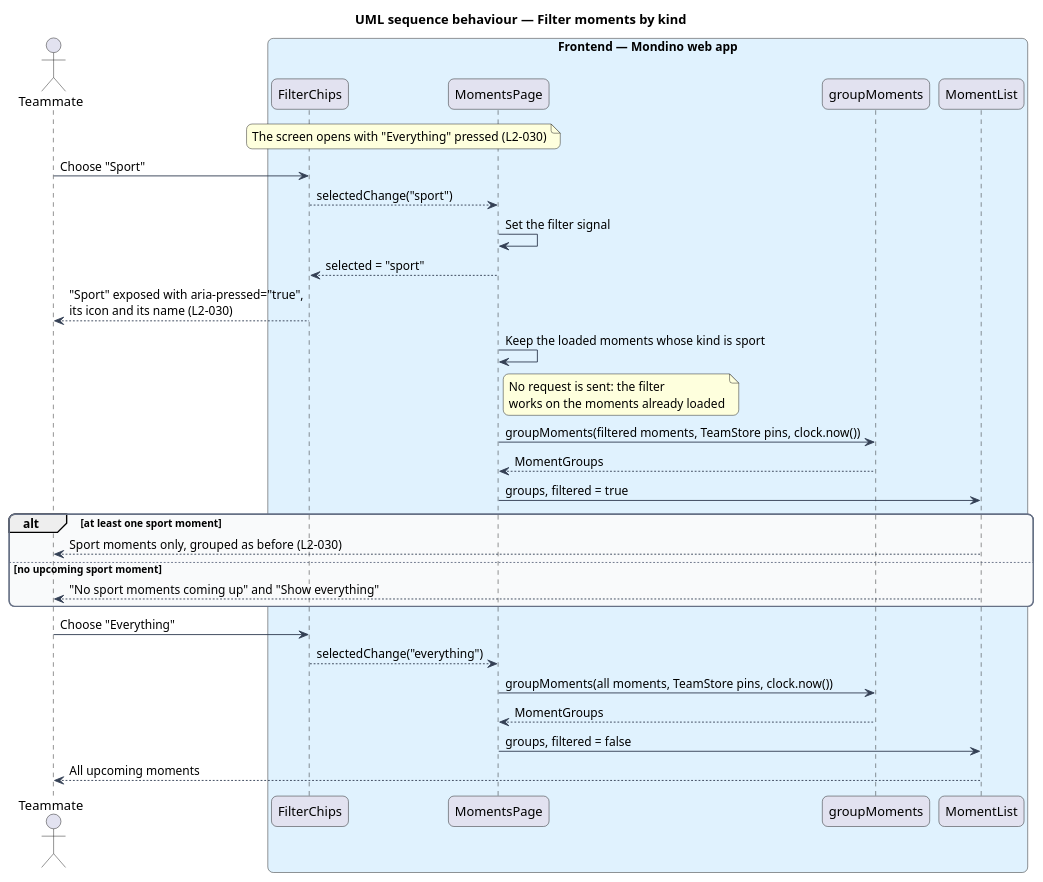
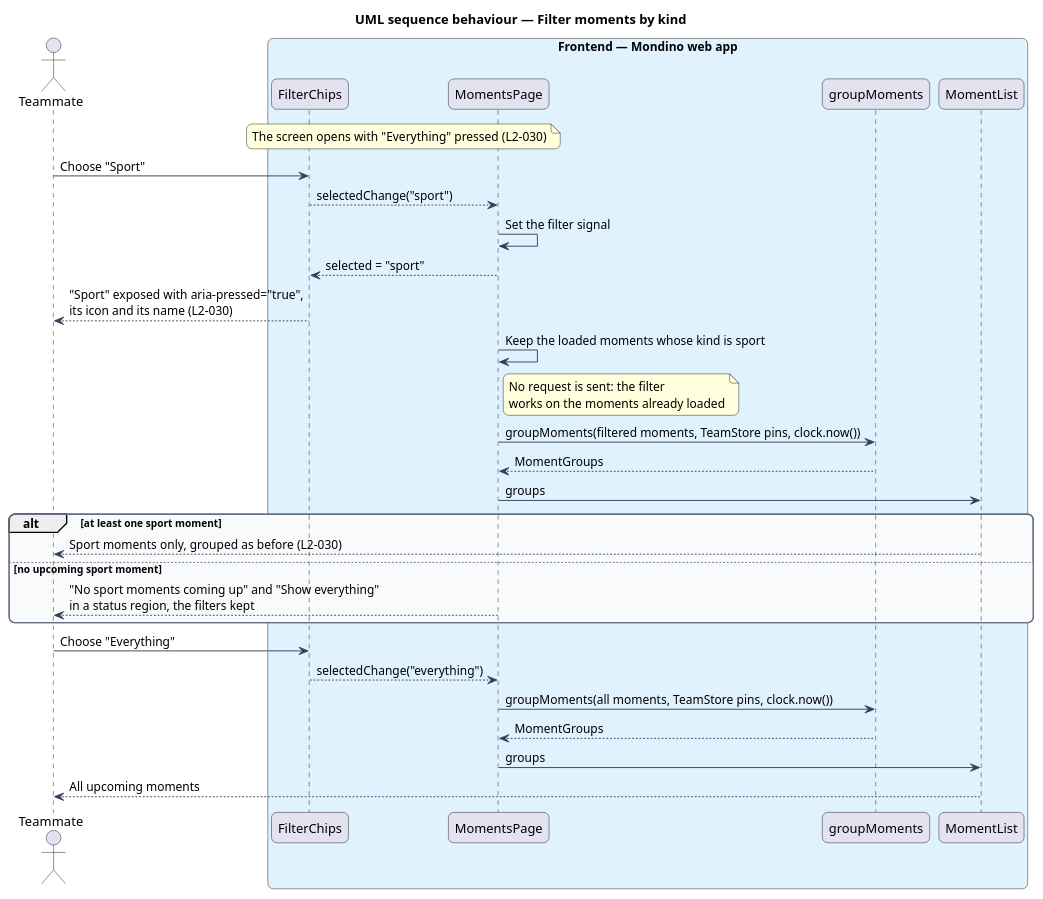
Before and after one commit to QuinntyneBrown/Mondino: the diagram in docs/detailed-designs/moments/list-moments/diagrams/sequence-filter-by-kind.puml, drawn with PlantUML. The commit also changed 12 other files, not shown here.

First line of the commit message:
Bring List moments' design in line with the mock and the store it reads

```diff
--- a/docs/detailed-designs/moments/list-moments/diagrams/sequence-filter-by-kind.puml
+++ b/docs/detailed-designs/moments/list-moments/diagrams/sequence-filter-by-kind.puml
@@ -1,47 +1,47 @@
 @startuml
 title UML sequence behaviour — Filter moments by kind
 skinparam backgroundColor #FFFFFF
 skinparam shadowing false
 skinparam roundcorner 12
 skinparam defaultFontName Arial
 skinparam ArrowColor #344054
 skinparam rectangle {
   BorderColor #344054
   FontColor #101828
 }
 skinparam package {
   BorderColor #667085
   FontColor #101828
   BackgroundColor #F9FAFB
 }
 actor "Teammate" as actor
 box "Frontend — Mondino web app" #E0F2FE
   participant "FilterChips" as chips
   participant "MomentsPage" as page
   participant "groupMoments" as group
   participant "MomentList" as list
 end box
 
 note over chips, page : The screen opens with "Everything" pressed (L2-030)
 actor -> chips : Choose "Sport"
 chips --> page : selectedChange("sport")
 page -> page : Set the filter signal
 page --> chips : selected = "sport"
 chips --> actor : "Sport" exposed with aria-pressed="true",\nits icon and its name (L2-030)
 page -> page : Keep the loaded moments whose kind is sport
 note right of page : No request is sent: the filter\nworks on the moments already loaded
 page -> group : groupMoments(filtered moments, TeamStore pins, clock.now())
 group --> page : MomentGroups
-page -> list : groups, filtered = true
+page -> list : groups
 alt at least one sport moment
   list --> actor : Sport moments only, grouped as before (L2-030)
 else no upcoming sport moment
-  list --> actor : "No sport moments coming up" and "Show everything"
+  page --> actor : "No sport moments coming up" and "Show everything"\nin a status region, the filters kept
 end
 actor -> chips : Choose "Everything"
 chips --> page : selectedChange("everything")
 page -> group : groupMoments(all moments, TeamStore pins, clock.now())
 group --> page : MomentGroups
-page -> list : groups, filtered = false
+page -> list : groups
 list --> actor : All upcoming moments
 @enduml
```
